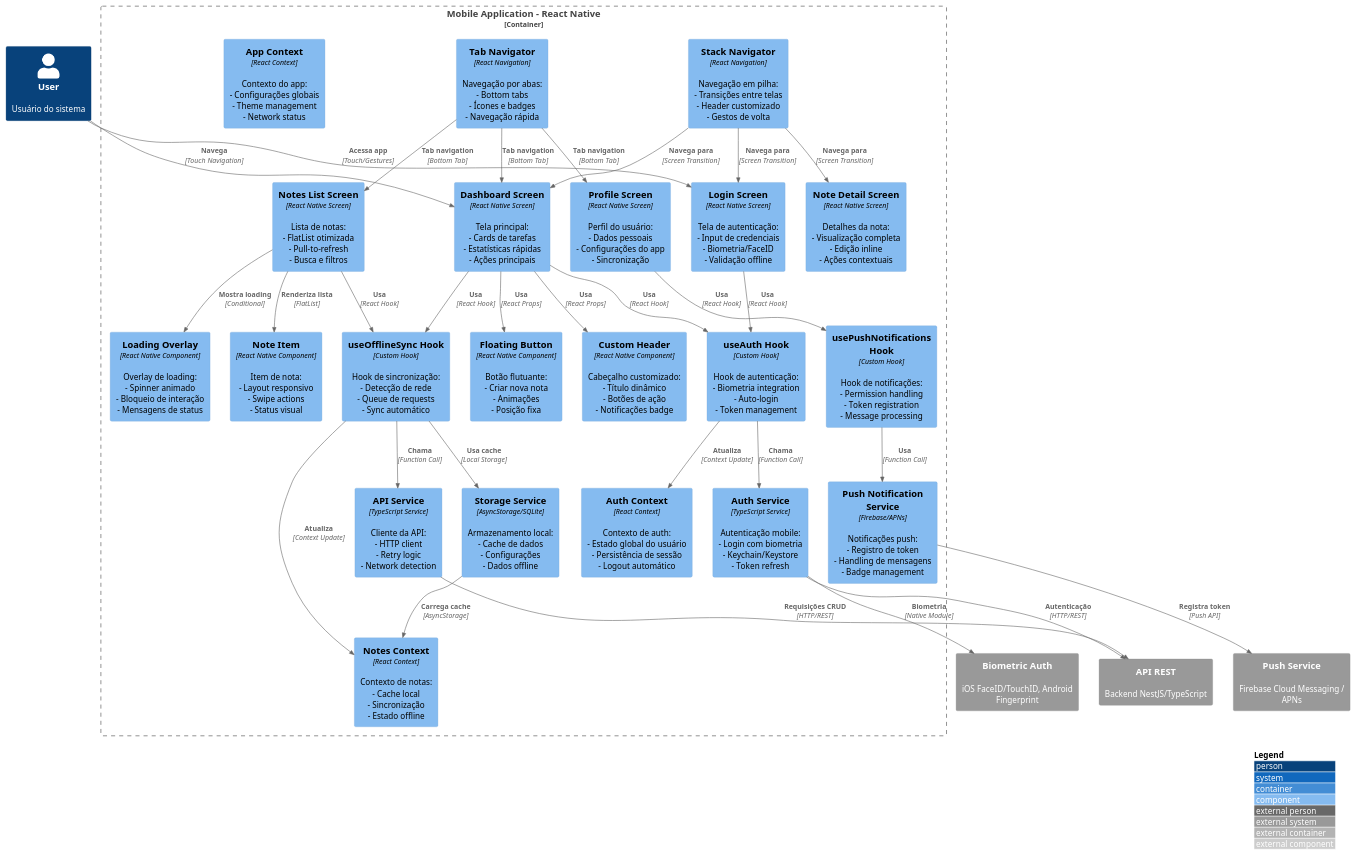
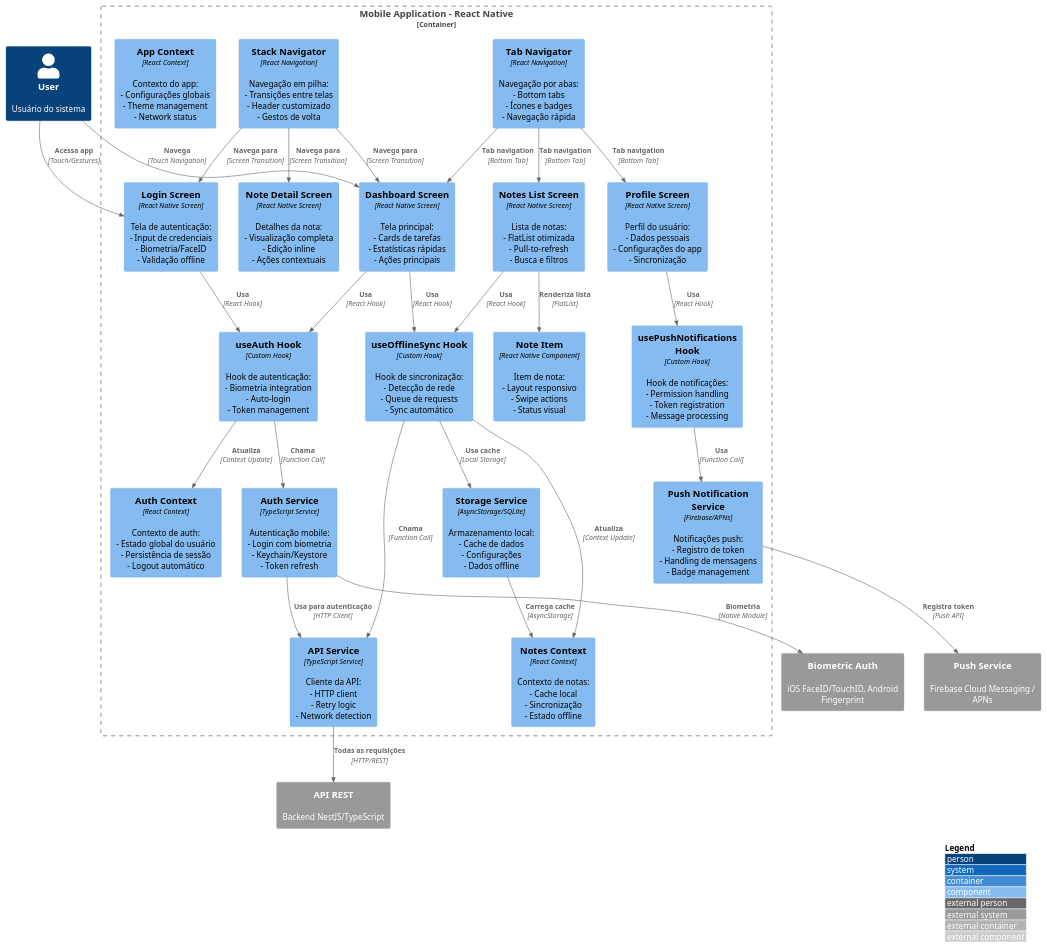
One commit to juliocesarfs/tjgo-projeto-software changed the diagram in diagramas c4/DIAGRAMA_C4_COMPONENT_MOBILE.puml. Above: the diagram before and after it, drawn with PlantUML.

Commit message:
docs: remove unused components and update relationships in Mobile Application diagram

```diff
--- a/diagramas c4/DIAGRAMA_C4_COMPONENT_MOBILE.puml
+++ b/diagramas c4/DIAGRAMA_C4_COMPONENT_MOBILE.puml
@@ -1,140 +1,131 @@
 @startuml C4_Component_ControlTasks_Mobile
 
 !include https://raw.githubusercontent.com/plantuml-stdlib/C4-PlantUML/master/C4_Component.puml
 
 ' ============================================================================
 ' COMPONENT DIAGRAM - Level 3
 ' Control Tasks Mobile Application - Componentes React Native
 ' ============================================================================
 
 LAYOUT_WITH_LEGEND()
 
 Person(userPerson, "User", "Usuário do sistema")
 System_Ext(apiRest, "API REST", "Backend NestJS/TypeScript")
 
 Container_Boundary(mobileAppContainer, "Mobile Application - React Native") {
     
     ' ============================================================================
     ' LAYER: SCREENS/NAVIGATION
     ' ============================================================================
     Component(loginScreen, "Login Screen", "React Native Screen", "Tela de autenticação:\n- Input de credenciais\n- Biometria/FaceID\n- Validação offline")
     
     Component(dashboardScreen, "Dashboard Screen", "React Native Screen", "Tela principal:\n- Cards de tarefas\n- Estatísticas rápidas\n- Ações principais")
     
     Component(notesListScreen, "Notes List Screen", "React Native Screen", "Lista de notas:\n- FlatList otimizada\n- Pull-to-refresh\n- Busca e filtros")
     
     Component(noteDetailScreen, "Note Detail Screen", "React Native Screen", "Detalhes da nota:\n- Visualização completa\n- Edição inline\n- Ações contextuais")
     
     Component(profileScreen, "Profile Screen", "React Native Screen", "Perfil do usuário:\n- Dados pessoais\n- Configurações do app\n- Sincronização")
 
     ' ============================================================================
     ' LAYER: NAVIGATION
     ' ============================================================================
     Component(stackNavigator, "Stack Navigator", "React Navigation", "Navegação em pilha:\n- Transições entre telas\n- Header customizado\n- Gestos de volta")
     
     Component(tabNavigator, "Tab Navigator", "React Navigation", "Navegação por abas:\n- Bottom tabs\n- Ícones e badges\n- Navegação rápida")
 
     ' ============================================================================
     ' LAYER: COMPONENTS (UI)
     ' ============================================================================
     Component(noteItem, "Note Item", "React Native Component", "Item de nota:\n- Layout responsivo\n- Swipe actions\n- Status visual")
     
-    Component(customHeader, "Custom Header", "React Native Component", "Cabeçalho customizado:\n- Título dinâmico\n- Botões de ação\n- Notificações badge")
-    
-    Component(floatingButton, "Floating Button", "React Native Component", "Botão flutuante:\n- Criar nova nota\n- Animações\n- Posição fixa")
-    
-    Component(loadingOverlay, "Loading Overlay", "React Native Component", "Overlay de loading:\n- Spinner animado\n- Bloqueio de interação\n- Mensagens de status")
-
     ' ============================================================================
     ' LAYER: SERVICES
     ' ============================================================================
     Component(authServiceMobile, "Auth Service", "TypeScript Service", "Autenticação mobile:\n- Login com biometria\n- Keychain/Keystore\n- Token refresh")
     
     Component(apiServiceMobile, "API Service", "TypeScript Service", "Cliente da API:\n- HTTP client\n- Retry logic\n- Network detection")
     
     Component(storageService, "Storage Service", "AsyncStorage/SQLite", "Armazenamento local:\n- Cache de dados\n- Configurações\n- Dados offline")
     
     Component(pushNotificationService, "Push Notification Service", "Firebase/APNs", "Notificações push:\n- Registro de token\n- Handling de mensagens\n- Badge management")
 
     ' ============================================================================
     ' LAYER: STATE MANAGEMENT
     ' ============================================================================
     Component(authContext, "Auth Context", "React Context", "Contexto de auth:\n- Estado global do usuário\n- Persistência de sessão\n- Logout automático")
     
     Component(notesContext, "Notes Context", "React Context", "Contexto de notas:\n- Cache local\n- Sincronização\n- Estado offline")
     
     Component(appContext, "App Context", "React Context", "Contexto do app:\n- Configurações globais\n- Theme management\n- Network status")
 
     ' ============================================================================
     ' LAYER: HOOKS
     ' ============================================================================
     Component(useAuthMobile, "useAuth Hook", "Custom Hook", "Hook de autenticação:\n- Biometria integration\n- Auto-login\n- Token management")
     
     Component(useOfflineSync, "useOfflineSync Hook", "Custom Hook", "Hook de sincronização:\n- Detecção de rede\n- Queue de requests\n- Sync automático")
     
     Component(usePushNotifications, "usePushNotifications Hook", "Custom Hook", "Hook de notificações:\n- Permission handling\n- Token registration\n- Message processing")
 }
 
 System_Ext(biometricAuth, "Biometric Auth", "iOS FaceID/TouchID, Android Fingerprint")
 System_Ext(pushService, "Push Service", "Firebase Cloud Messaging / APNs")
 
 ' ============================================================================
 ' RELACIONAMENTOS EXTERNOS
 ' ============================================================================
 
 Rel(userPerson, loginScreen, "Acessa app", "Touch/Gestures")
 Rel(userPerson, dashboardScreen, "Navega", "Touch Navigation")
 
 ' ============================================================================
 ' RELACIONAMENTOS - NAVIGATION
 ' ============================================================================
 
 Rel(stackNavigator, loginScreen, "Navega para", "Screen Transition")
 Rel(stackNavigator, dashboardScreen, "Navega para", "Screen Transition")
 Rel(stackNavigator, noteDetailScreen, "Navega para", "Screen Transition")
 
 Rel(tabNavigator, dashboardScreen, "Tab navigation", "Bottom Tab")
 Rel(tabNavigator, notesListScreen, "Tab navigation", "Bottom Tab")
 Rel(tabNavigator, profileScreen, "Tab navigation", "Bottom Tab")
 
 ' ============================================================================
 ' RELACIONAMENTOS - SCREENS → COMPONENTS
 ' ============================================================================
 
-Rel(dashboardScreen, customHeader, "Usa", "React Props")
-Rel(dashboardScreen, floatingButton, "Usa", "React Props")
 Rel(notesListScreen, noteItem, "Renderiza lista", "FlatList")
-Rel(notesListScreen, loadingOverlay, "Mostra loading", "Conditional")
 
 ' ============================================================================
 ' RELACIONAMENTOS - SCREENS → HOOKS
 ' ============================================================================
 
 Rel(loginScreen, useAuthMobile, "Usa", "React Hook")
 Rel(dashboardScreen, useAuthMobile, "Usa", "React Hook")
 Rel(dashboardScreen, useOfflineSync, "Usa", "React Hook")
 Rel(notesListScreen, useOfflineSync, "Usa", "React Hook")
 Rel(profileScreen, usePushNotifications, "Usa", "React Hook")
 
 ' ============================================================================
 ' RELACIONAMENTOS - HOOKS → SERVICES & CONTEXT
 ' ============================================================================
 
 Rel(useAuthMobile, authServiceMobile, "Chama", "Function Call")
 Rel(useAuthMobile, authContext, "Atualiza", "Context Update")
 Rel(useOfflineSync, apiServiceMobile, "Chama", "Function Call")
 Rel(useOfflineSync, storageService, "Usa cache", "Local Storage")
 Rel(useOfflineSync, notesContext, "Atualiza", "Context Update")
 Rel(usePushNotifications, pushNotificationService, "Usa", "Function Call")
 
 ' ============================================================================
 ' RELACIONAMENTOS - SERVICES → EXTERNAL
 ' ============================================================================
 
-Rel(authServiceMobile, apiRest, "Autenticação", "HTTP/REST")
+Rel(authServiceMobile, apiServiceMobile, "Usa para autenticação", "HTTP Client")
 Rel(authServiceMobile, biometricAuth, "Biometria", "Native Module")
-Rel(apiServiceMobile, apiRest, "Requisições CRUD", "HTTP/REST")
+Rel(apiServiceMobile, apiRest, "Todas as requisições", "HTTP/REST")
 Rel(pushNotificationService, pushService, "Registra token", "Push API")
 Rel(storageService, notesContext, "Carrega cache", "AsyncStorage")
 
 @enduml
```
